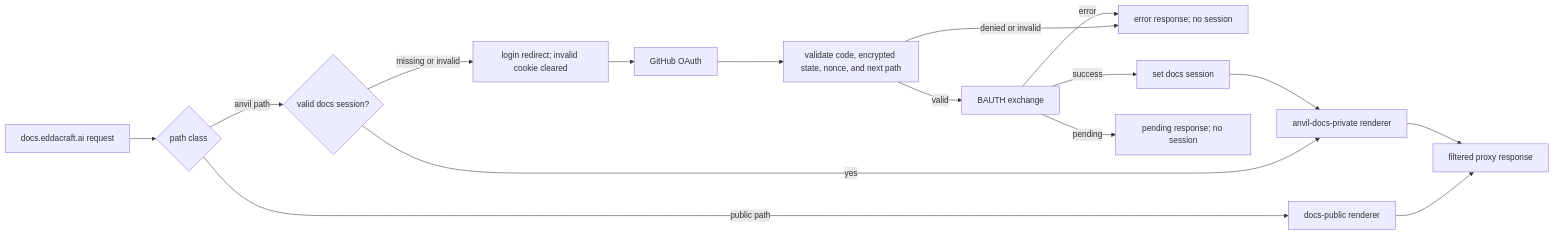
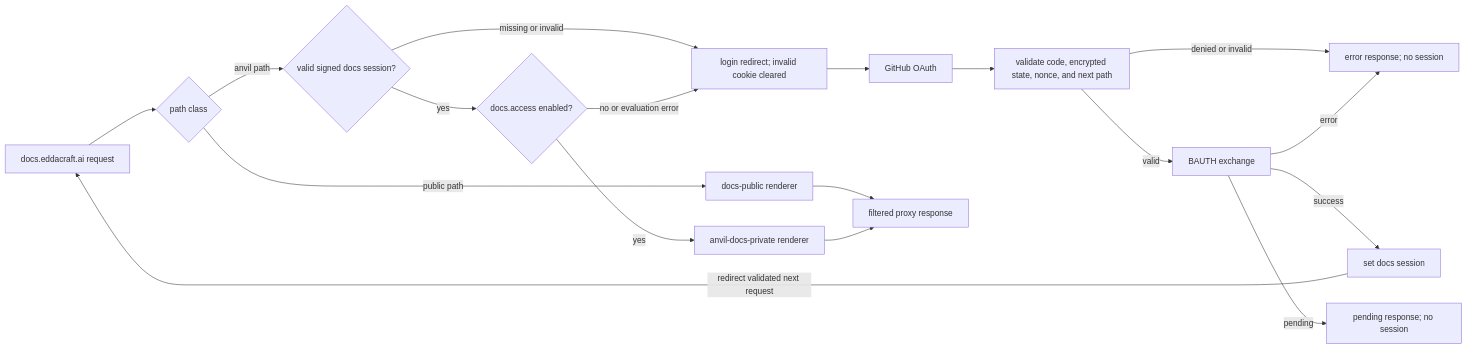
The diagram in apps/docs-shell/ARCHITECTURE.md (eddacraft/eddacraft-tui), drawn with Mermaid before and after one commit. The commit also changed other lines of this file and 20 other files, not shown here.

````diff
--- a/apps/docs-shell/ARCHITECTURE.md
+++ b/apps/docs-shell/ARCHITECTURE.md
@@ -29,18 +31,20 @@
 ```mermaid
 flowchart LR
     Request[docs.eddacraft.ai request] --> Route{path class}
     Route -->|public path| Public[docs-public renderer]
-    Route -->|anvil path| Session{valid docs session?}
-    Session -->|yes| Private[anvil-docs-private renderer]
+    Route -->|anvil path| Session{valid signed docs session?}
+    Session -->|yes| Access{docs.access enabled?}
     Session -->|missing or invalid| Login[login redirect; invalid cookie cleared]
+    Access -->|yes| Private[anvil-docs-private renderer]
+    Access -->|no or evaluation error| Login
     Login --> GitHub[GitHub OAuth]
     GitHub --> Callback[validate code, encrypted state, nonce, and next path]
     Callback -->|denied or invalid| Error[error response; no session]
     Callback -->|valid| BAUTH[BAUTH exchange]
     BAUTH -->|success| SetSession[set docs session]
     BAUTH -->|pending| Pending[pending response; no session]
     BAUTH -->|error| Error
-    SetSession --> Private
+    SetSession -->|redirect validated next request| Request
     Public --> Response[filtered proxy response]
     Private --> Response
 ```
````
